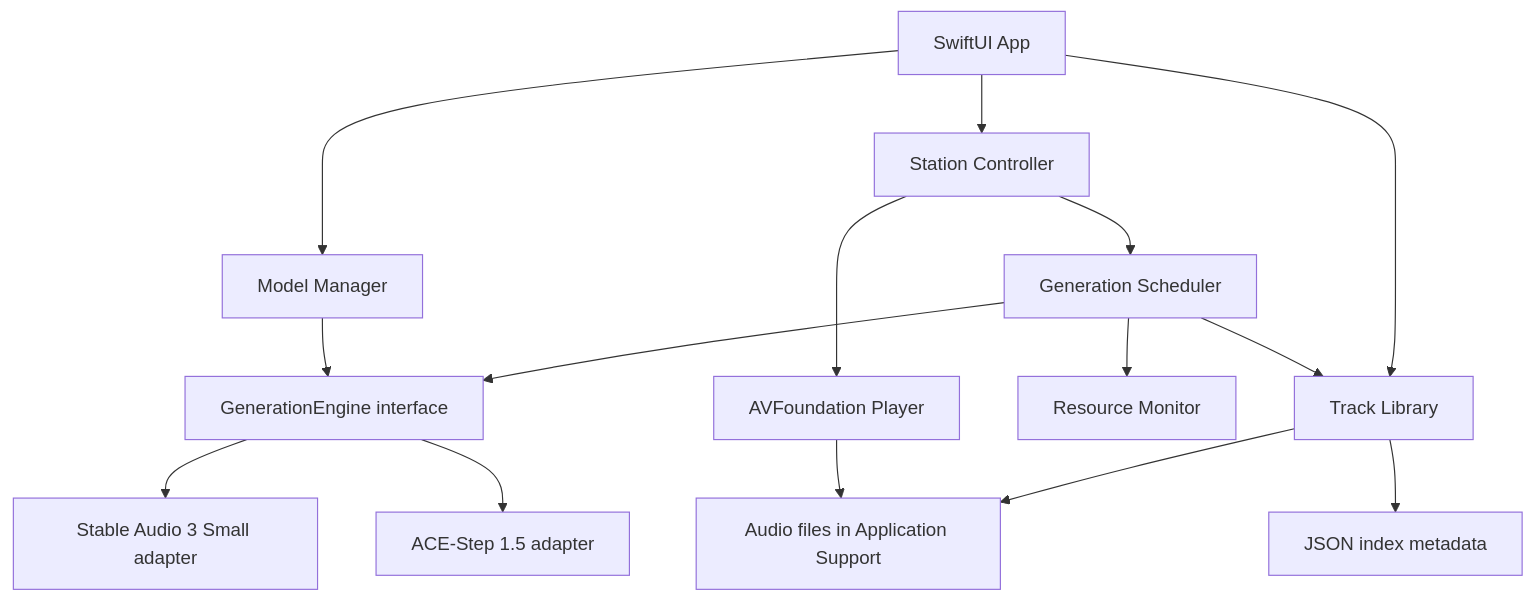
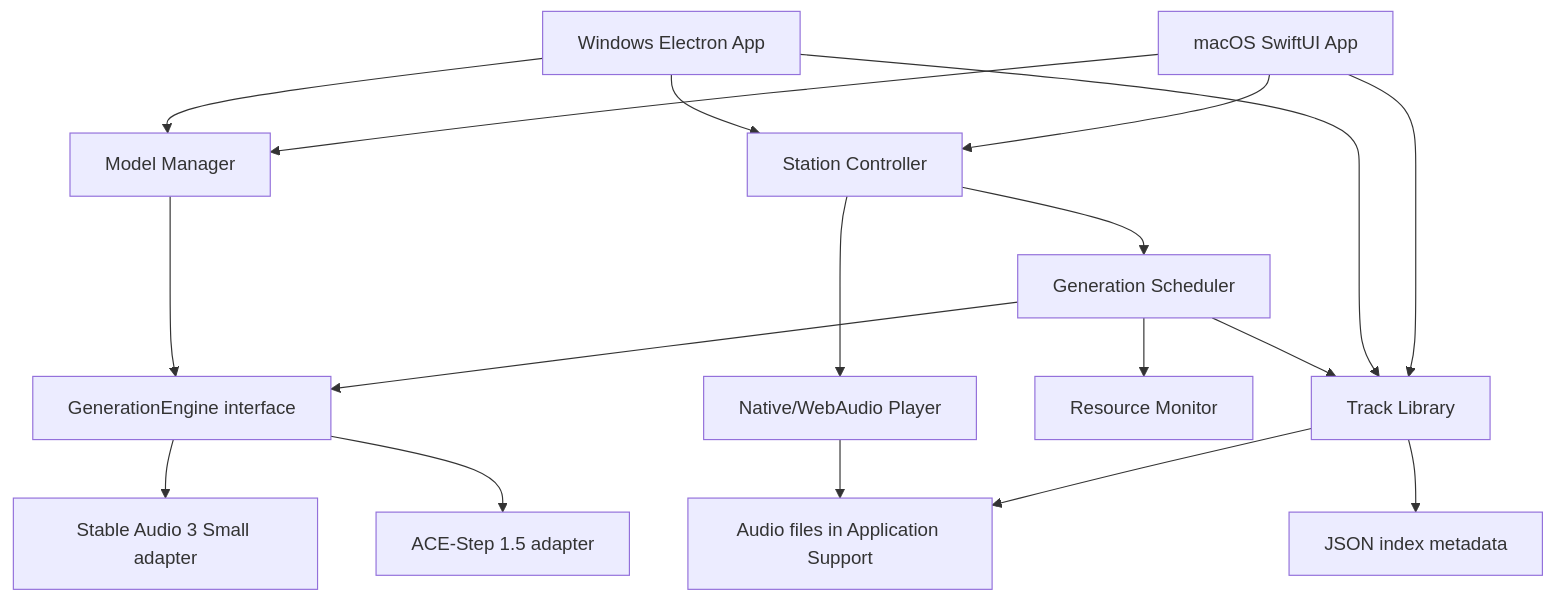
The diagram in docs/PRD.md (mayky77-glitch/Flowtone), drawn with Mermaid before and after one commit. The commit also changed other lines of this file and 24 other files, not shown here.

Commit message:
feat: add Windows app and cross-platform release

````diff
--- a/docs/PRD.md
+++ b/docs/PRD.md
@@ -162,17 +163,20 @@
 ```mermaid
 flowchart TD
-    UI["SwiftUI App"] --> SC["Station Controller"]
-    UI --> MM["Model Manager"]
-    UI --> LIB["Track Library"]
-    SC --> PLAYER["AVFoundation Player"]
+    MAC["macOS SwiftUI App"] --> SC["Station Controller"]
+    WIN["Windows Electron App"] --> SC
+    MAC --> MM["Model Manager"]
+    WIN --> MM
+    MAC --> LIB["Track Library"]
+    WIN --> LIB
+    SC --> PLAYER["Native/WebAudio Player"]
     SC --> SCHED["Generation Scheduler"]
     SCHED --> RM["Resource Monitor"]
     SCHED --> ENGINE["GenerationEngine interface"]
     ENGINE --> LIGHT["Stable Audio 3 Small adapter"]
     ENGINE --> HEAVY["ACE-Step 1.5 adapter"]
     MM --> ENGINE
     SCHED --> LIB
     LIB --> META["JSON index metadata"]
     LIB --> FILES["Audio files in Application Support"]
     PLAYER --> FILES
 ```
````
